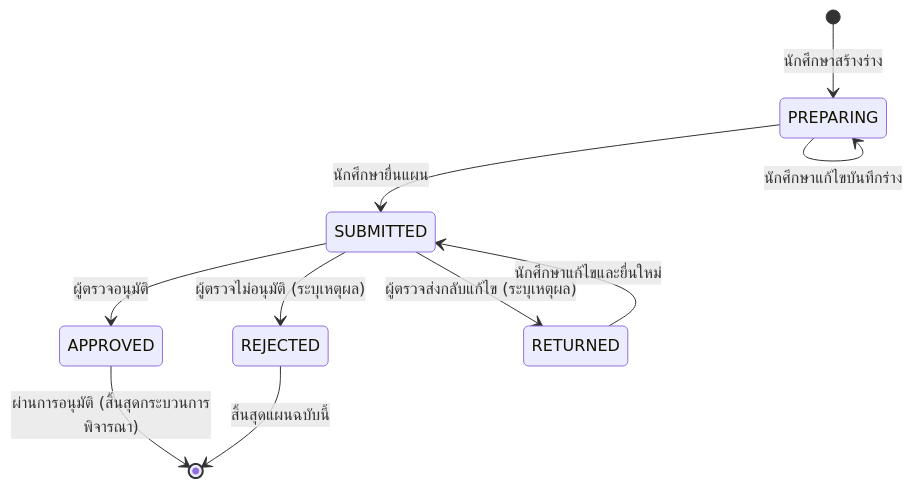
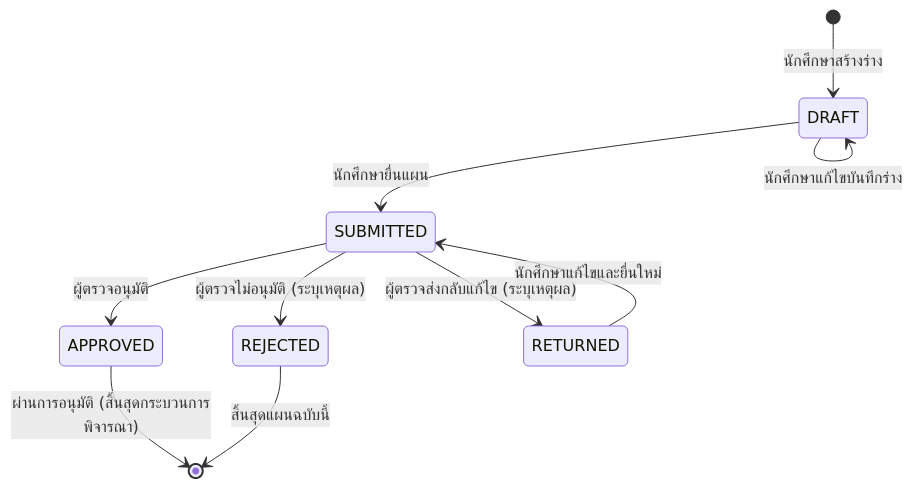
One commit to KaylahJin/CS361-Project changed the second of 2 diagrams in docs/working-agreement.md. Above: the diagram before and after it, drawn with Mermaid. The commit also changed other lines of this file, not shown here.

Commit message:
docs: keep DRAFT status name until D2 is decided in #125 (#126)

````diff
--- a/docs/working-agreement.md
+++ b/docs/working-agreement.md
@@ -175,15 +175,15 @@
 ```mermaid
 stateDiagram-v2
-    [*] --> PREPARING: นักศึกษาสร้างร่าง
-    PREPARING --> SUBMITTED: นักศึกษายื่นแผน
-    PREPARING --> PREPARING: นักศึกษาแก้ไขบันทึกร่าง
+    [*] --> DRAFT: นักศึกษาสร้างร่าง
+    DRAFT --> SUBMITTED: นักศึกษายื่นแผน
+    DRAFT --> DRAFT: นักศึกษาแก้ไขบันทึกร่าง
     
     SUBMITTED --> APPROVED: ผู้ตรวจอนุมัติ
     SUBMITTED --> REJECTED: ผู้ตรวจไม่อนุมัติ (ระบุเหตุผล)
     SUBMITTED --> RETURNED: ผู้ตรวจส่งกลับแก้ไข (ระบุเหตุผล)
     
     RETURNED --> SUBMITTED: นักศึกษาแก้ไขและยื่นใหม่
     
     APPROVED --> [*]: ผ่านการอนุมัติ (สิ้นสุดกระบวนการพิจารณา)
     REJECTED --> [*]: สิ้นสุดแผนฉบับนี้
 ```
````
